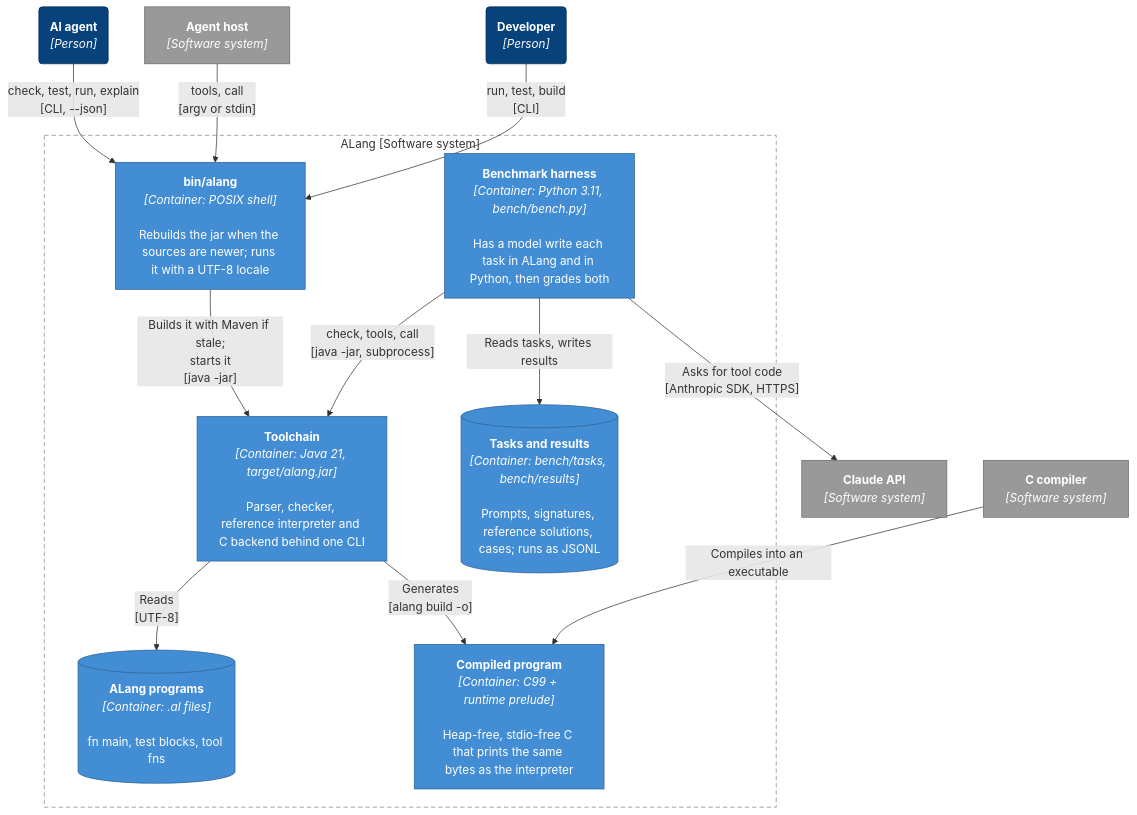
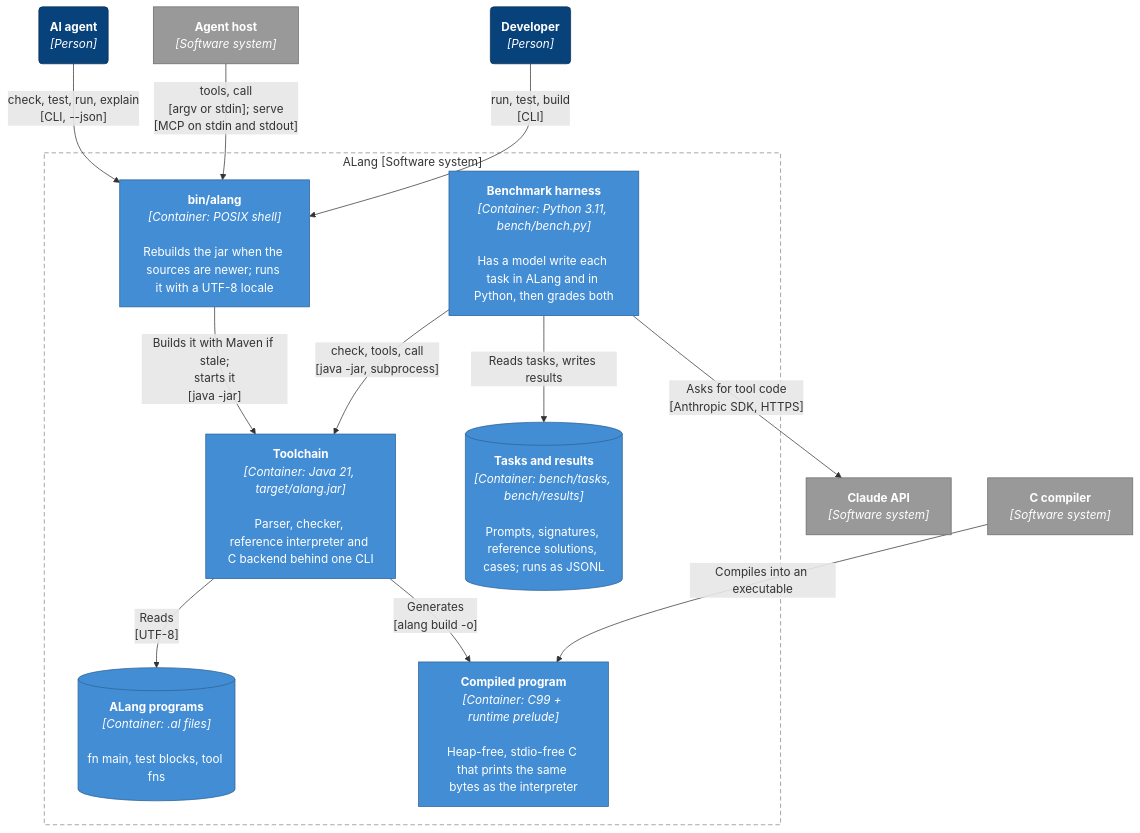
The second of 4 diagrams in docs/ARCHITECTURE.md (adamw7/alang), drawn with Mermaid before and after one commit. The commit also changed other lines of this file and 8 other files, not shown here.

First line of the commit message:
Serve a program's tools over MCP with `alang serve`

````diff
--- a/docs/ARCHITECTURE.md
+++ b/docs/ARCHITECTURE.md
@@ -42,37 +42,37 @@
 ```mermaid
 flowchart TB
     agent("<b>AI agent</b><br/><i>[Person]</i>")
     host["<b>Agent host</b><br/><i>[Software system]</i>"]
     dev("<b>Developer</b><br/><i>[Person]</i>")
 
     subgraph sys ["ALang [Software system]"]
         launcher["<b>bin/alang</b><br/><i>[Container: POSIX shell]</i><br/><br/>Rebuilds the jar when the sources are newer; runs it with a UTF-8 locale"]
         bench["<b>Benchmark harness</b><br/><i>[Container: Python 3.11, bench/bench.py]</i><br/><br/>Has a model write each task in ALang and in Python, then grades both"]
         toolchain["<b>Toolchain</b><br/><i>[Container: Java 21, target/alang.jar]</i><br/><br/>Parser, checker, reference interpreter and C backend behind one CLI"]
         tasks[("<b>Tasks and results</b><br/><i>[Container: bench/tasks, bench/results]</i><br/><br/>Prompts, signatures, reference solutions, cases; runs as JSONL")]
         programs[("<b>ALang programs</b><br/><i>[Container: .al files]</i><br/><br/>fn main, test blocks, tool fns")]
         native["<b>Compiled program</b><br/><i>[Container: C99 + runtime prelude]</i><br/><br/>Heap-free, stdio-free C that prints the same bytes as the interpreter"]
     end
 
     claude["<b>Claude API</b><br/><i>[Software system]</i>"]
     cc["<b>C compiler</b><br/><i>[Software system]</i>"]
 
     agent -- "check, test, run, explain<br/>[CLI, --json]" --> launcher
-    host -- "tools, call<br/>[argv or stdin]" --> launcher
+    host -- "tools, call<br/>[argv or stdin]; serve<br/>[MCP on stdin and stdout]" --> launcher
     dev -- "run, test, build<br/>[CLI]" --> launcher
     launcher -- "Builds it with Maven if stale;<br/>starts it<br/>[java -jar]" --> toolchain
     bench -- "check, tools, call<br/>[java -jar, subprocess]" --> toolchain
     bench -- "Reads tasks, writes results" --> tasks
     bench -- "Asks for tool code<br/>[Anthropic SDK, HTTPS]" --> claude
     toolchain -- "Reads<br/>[UTF-8]" --> programs
     toolchain -- "Generates<br/>[alang build -o]" --> native
     cc -- "Compiles into an executable" --> native
 
     classDef person fill:#08427b,stroke:#052e56,color:#fff
     classDef container fill:#438dd5,stroke:#2e6295,color:#fff
     classDef external fill:#999999,stroke:#6b6b6b,color:#fff
     class agent,dev person
     class launcher,bench,toolchain,tasks,programs,native container
     class host,claude,cc external
     style sys fill:none,stroke:#888,stroke-dasharray:6 4
 ```
````
